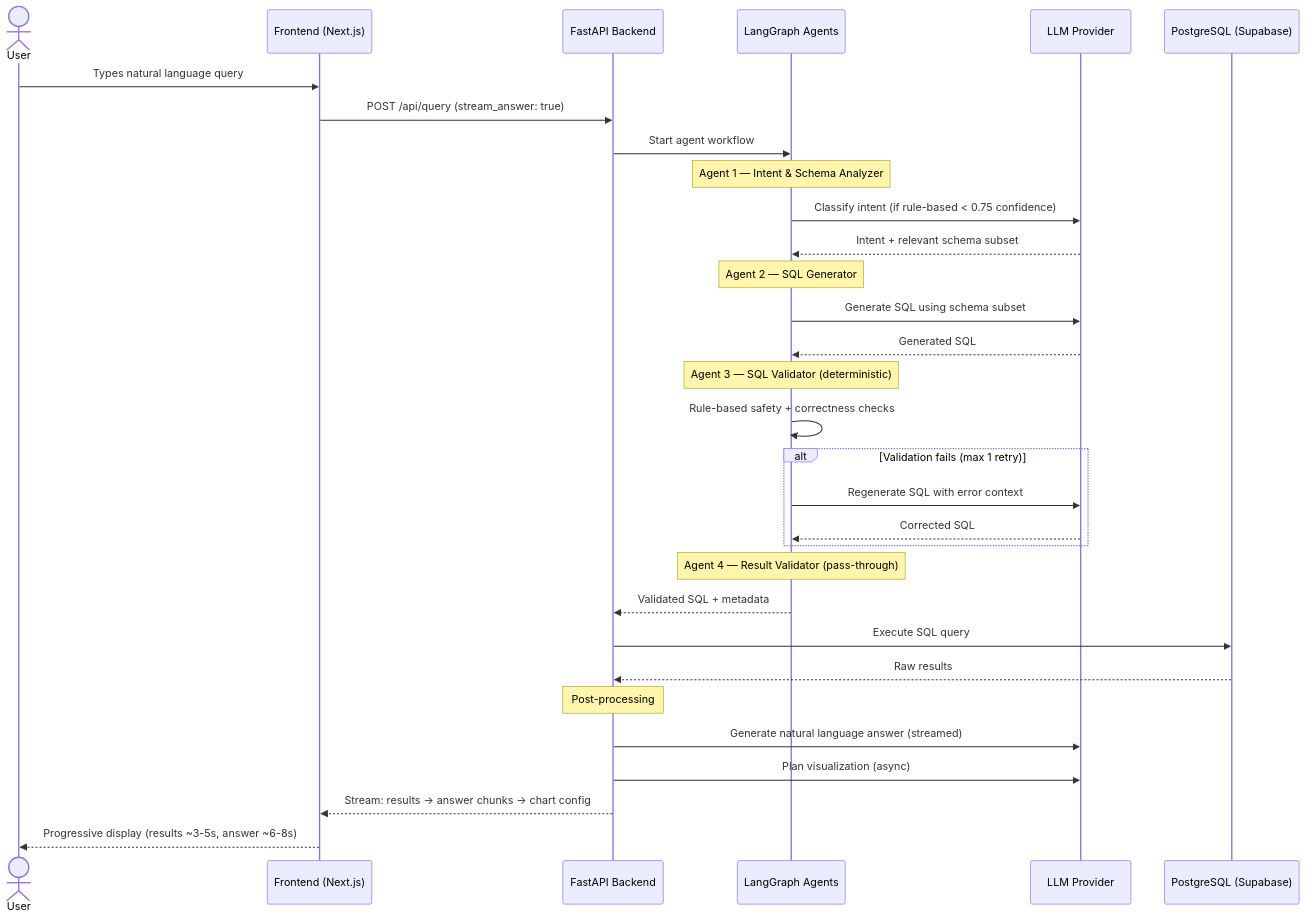
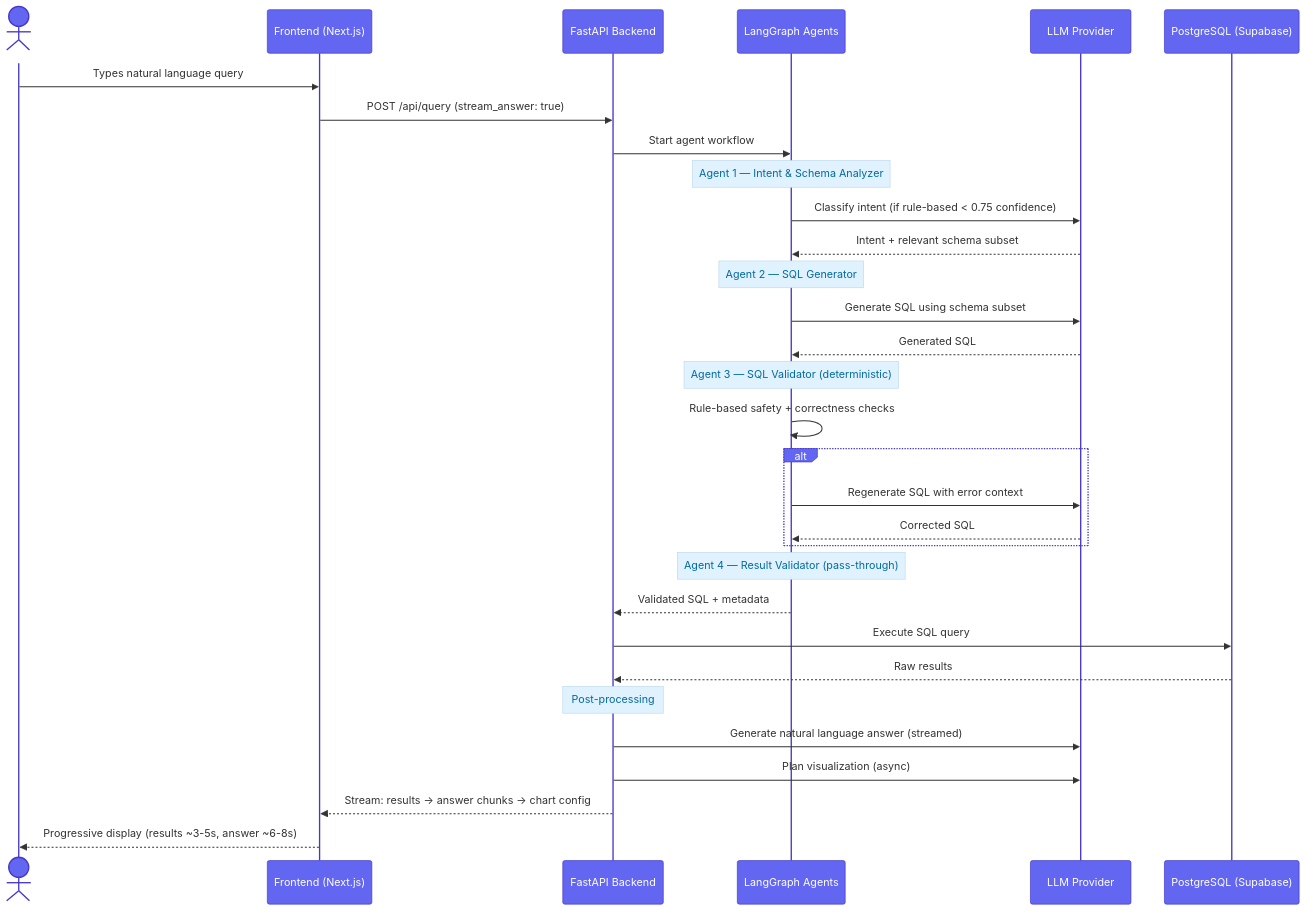
One commit to HarshaVardhanMannem/Multi-agent-restaurant-analytics changed the fourth of 5 diagrams in README.md. Above: the diagram before and after it, drawn with Mermaid. The commit also changed other lines of this file, not shown here.

First line of the commit message:
feat: improve architecture diagrams with structured color scheme and enhanced visual flow

````diff
--- a/README.md
+++ b/README.md
@@ -326,42 +386,43 @@
 ```mermaid
+%%{init: {'theme': 'base', 'themeVariables': {'actorBkg': '#6366F1', 'actorTextColor': '#ffffff', 'actorBorder': '#4338CA', 'noteBkgColor': '#E0F2FE', 'noteTextColor': '#0369A1', 'activationBkgColor': '#7C3AED', 'activationBorderColor': '#5B21B6', 'sequenceNumberColor': '#ffffff'}}}%%
 sequenceDiagram
     actor User
     participant FE as Frontend (Next.js)
     participant API as FastAPI Backend
     participant LG as LangGraph Agents
     participant LLM as LLM Provider
     participant DB as PostgreSQL (Supabase)
 
     User->>FE: Types natural language query
     FE->>API: POST /api/query (stream_answer: true)
 
     API->>LG: Start agent workflow
 
     Note over LG: Agent 1 — Intent & Schema Analyzer
     LG->>LLM: Classify intent (if rule-based < 0.75 confidence)
     LLM-->>LG: Intent + relevant schema subset
 
     Note over LG: Agent 2 — SQL Generator
     LG->>LLM: Generate SQL using schema subset
     LLM-->>LG: Generated SQL
 
     Note over LG: Agent 3 — SQL Validator (deterministic)
     LG->>LG: Rule-based safety + correctness checks
     alt Validation fails (max 1 retry)
         LG->>LLM: Regenerate SQL with error context
         LLM-->>LG: Corrected SQL
     end
 
     Note over LG: Agent 4 — Result Validator (pass-through)
     LG-->>API: Validated SQL + metadata
 
     API->>DB: Execute SQL query
     DB-->>API: Raw results
 
     Note over API: Post-processing
     API->>LLM: Generate natural language answer (streamed)
     API->>LLM: Plan visualization (async)
 
     API-->>FE: Stream: results → answer chunks → chart config
     FE-->>User: Progressive display (results ~3-5s, answer ~6-8s)
 ```
````
